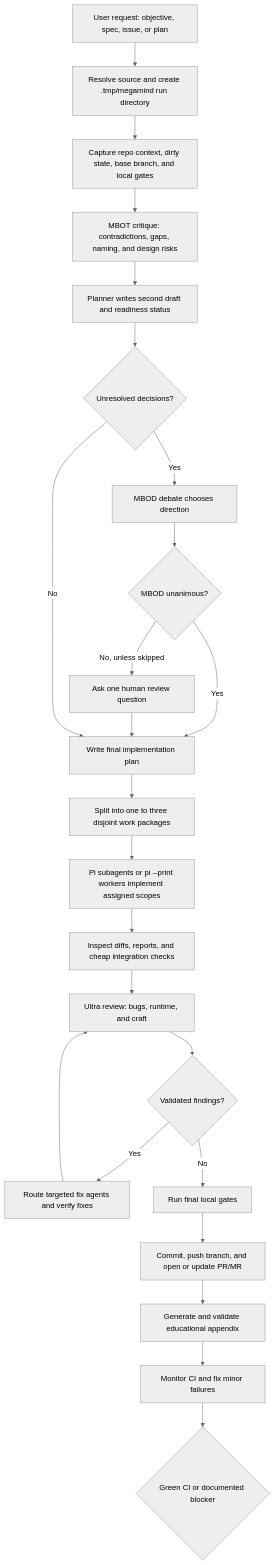
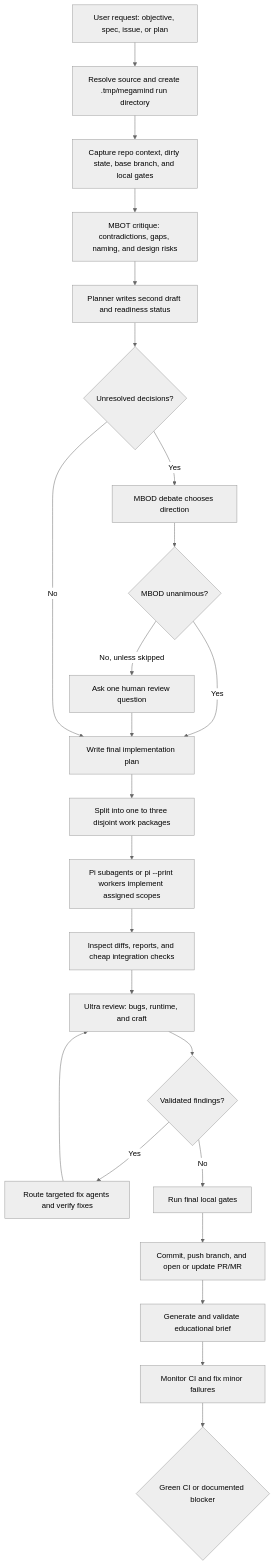
One commit to colinmollenhour/dotfiles changed the diagram in pi-megamind/README.md. Above: the diagram before and after it, drawn with Mermaid (neutral theme). The commit also changed other lines of this file and 3 other files, not shown here.

Commit message:
Rename educational appendix to brief

````diff
--- a/pi-megamind/README.md
+++ b/pi-megamind/README.md
@@ -53,26 +53,26 @@
 ```mermaid
 flowchart TD
     Request["User request: objective, spec, issue, or plan"] --> Intake["Resolve source and create .tmp/megamind run directory"]
     Intake --> Context["Capture repo context, dirty state, base branch, and local gates"]
     Context --> Critique["MBOT critique: contradictions, gaps, naming, and design risks"]
     Critique --> Plan["Planner writes second draft and readiness status"]
     Plan --> Decision{"Unresolved decisions?"}
     Decision -->|"Yes"| MBOD["MBOD debate chooses direction"]
     MBOD --> ReviewGate{"MBOD unanimous?"}
     ReviewGate -->|"No, unless skipped"| Human["Ask one human review question"]
     ReviewGate -->|"Yes"| FinalPlan["Write final implementation plan"]
     Human --> FinalPlan
     Decision -->|"No"| FinalPlan
     FinalPlan --> Split["Split into one to three disjoint work packages"]
     Split --> Agents["Pi subagents or pi --print workers implement assigned scopes"]
     Agents --> Integrate["Inspect diffs, reports, and cheap integration checks"]
     Integrate --> UltraReview["Ultra review: bugs, runtime, and craft"]
     UltraReview --> Fixes{"Validated findings?"}
     Fixes -->|"Yes"| Fix["Route targeted fix agents and verify fixes"]
     Fix --> UltraReview
     Fixes -->|"No"| Gates["Run final local gates"]
     Gates --> Delivery["Commit, push branch, and open or update PR/MR"]
-    Delivery --> Education["Generate and validate educational appendix"]
+    Delivery --> Education["Generate and validate educational brief"]
     Education --> CI["Monitor CI and fix minor failures"]
     CI --> Done{"Green CI or documented blocker"}
 ```
````
